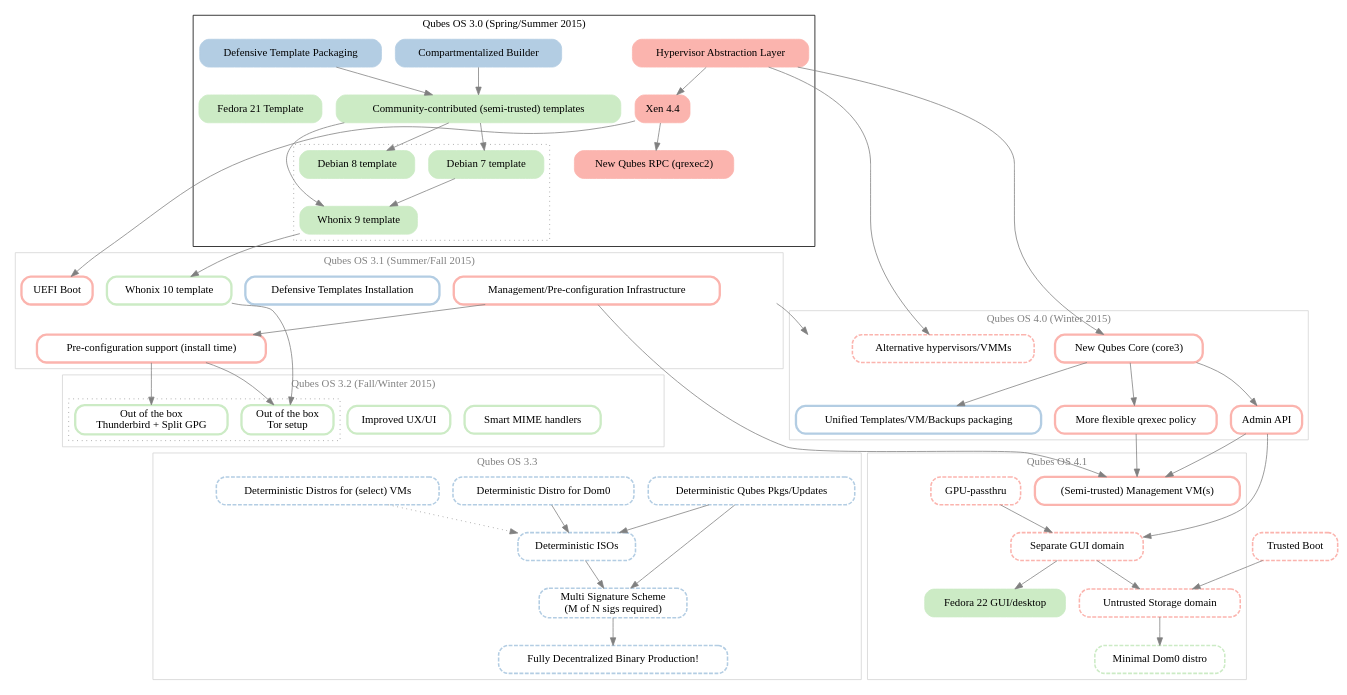
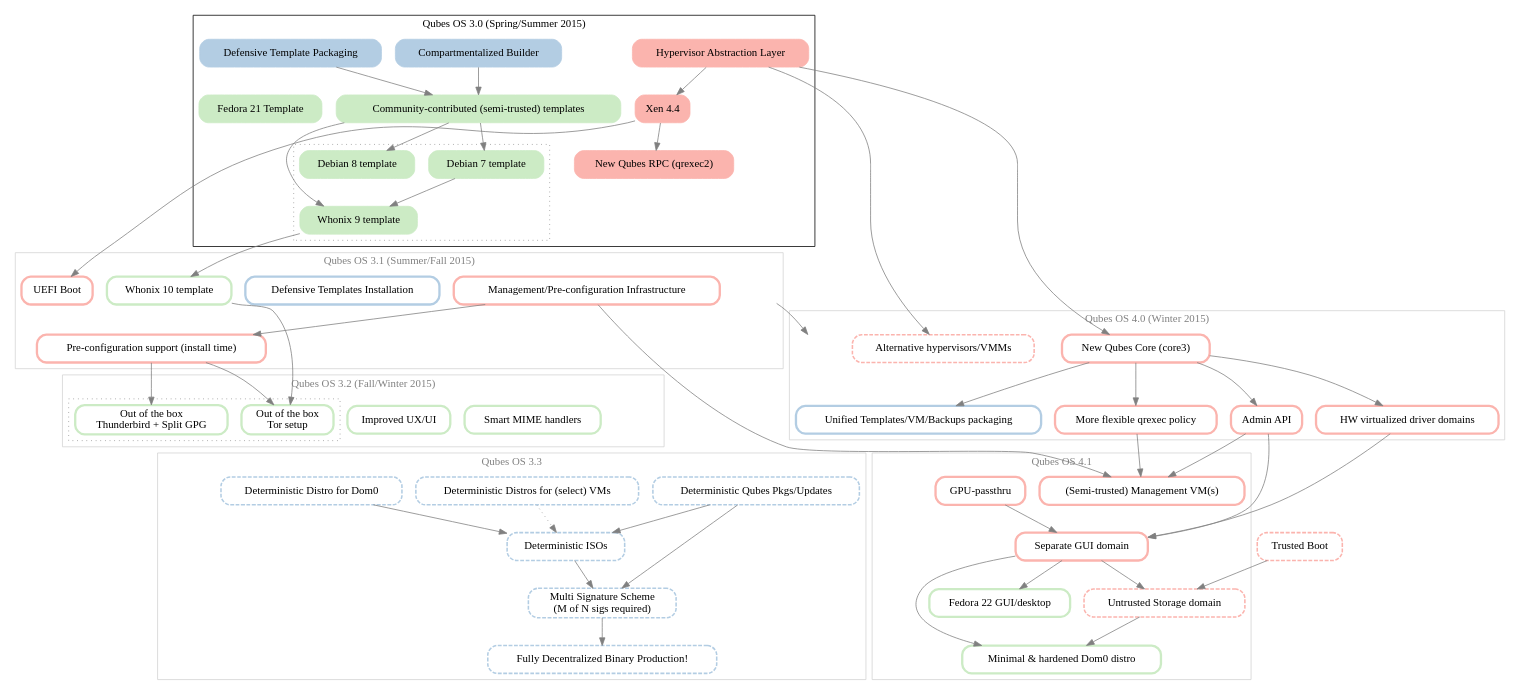
One commit to rootkovska/qubes-roadmap changed the diagram in roadmap.dot. Above: the diagram before and after it, drawn with Graphviz.

Commit message:
HVM driver & GUI domain, minimal Dom0 inter-deps

```diff
--- a/roadmap.dot
+++ b/roadmap.dot
@@ -44,15 +44,19 @@
         core_UEFI_boot [label="UEFI Boot"];
         hvisor_Xen44 -> core_UEFI_boot;
 
+        core_hvm_DriverDomains [label="HW virtualized driver domains"];
+        core_coreng -> core_hvm_DriverDomains;
+
+        core_GPUpassthru [label="GPU-passthru"];
+        core_GUIdom [label="Separate GUI domain"];
+        core_AdminAPI -> core_GUIdom; 
+        core_GPUpassthru -> core_GUIdom;
+        core_hvm_DriverDomains -> core_GUIdom;
+
         // Not-yet-fully-decided features follow...
         // ------------------------------------------
         node [style="dashed,rounded", penwidth=2];
 
-        core_GPUpassthru [label="GPU-passthru"];
-
-        core_GUIdom [label="Separate GUI domain"];
-        core_AdminAPI -> core_GUIdom; 
-        core_GPUpassthru -> core_GUIdom;
         hw_TrustedBoot [label="Trusted Boot"];
         core_StorageDom [label="Untrusted Storage domain"];
         core_GUIdom -> core_StorageDom;
@@ -117,9 +121,6 @@
     { node [fillcolor=3, color=3];
 
         template_fc21 [label="Fedora 21 Template"];
-        gui_fc22 [label="Fedora 22 GUI/desktop"];
-        core_GUIdom -> gui_fc22;
-
         template_community [label="Community-contributed (semi-trusted) templates"];
         builder_compartmentalization -> template_community;
         builder_defensive_template_packaging -> template_community;
@@ -131,6 +132,10 @@
 
         // Not-yet-implemented features follow...
         node [style="bold,rounded", penwidth=3];
+
+        gui_fc22 [label="Fedora 22 GUI/desktop"];
+        core_GUIdom -> gui_fc22;
+
 
         template_whonix_10 [label="Whonix 10 template"];
         template_whonix_9 -> template_whonix_10;
@@ -151,10 +156,12 @@
         ux_magic_mime [label="Smart MIME handlers"];
         ux_gui_improvements [label="Improved UX/UI"];
 
+        dom0_minimal_distro [label="Minimal & hardened Dom0 distro"];
+        core_GUIdom -> dom0_minimal_distro;
+
         // Not-yet-fully-decided features follow...
         // ------------------------------------------
         node [style="dashed,rounded", penwidth=2];
-        dom0_minimal_distro [label="Minimal Dom0 distro"];
         core_StorageDom -> dom0_minimal_distro;
 
 
@@ -240,6 +247,7 @@
         core_qrexec_policyng;
         core_AdminAPI;
         core_unified_vm_packaging;
+        core_hvm_DriverDomains;
    }
 
    subgraph cluster_r4_1 {
```
